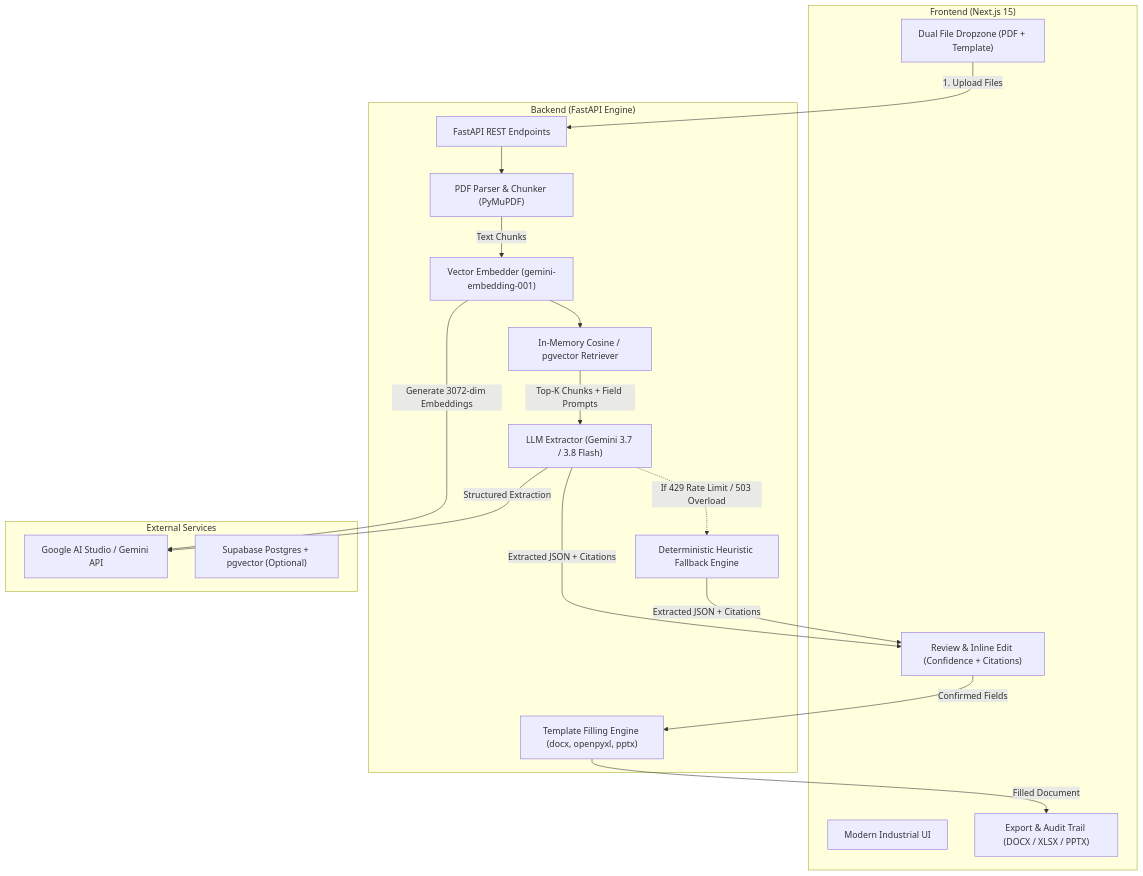
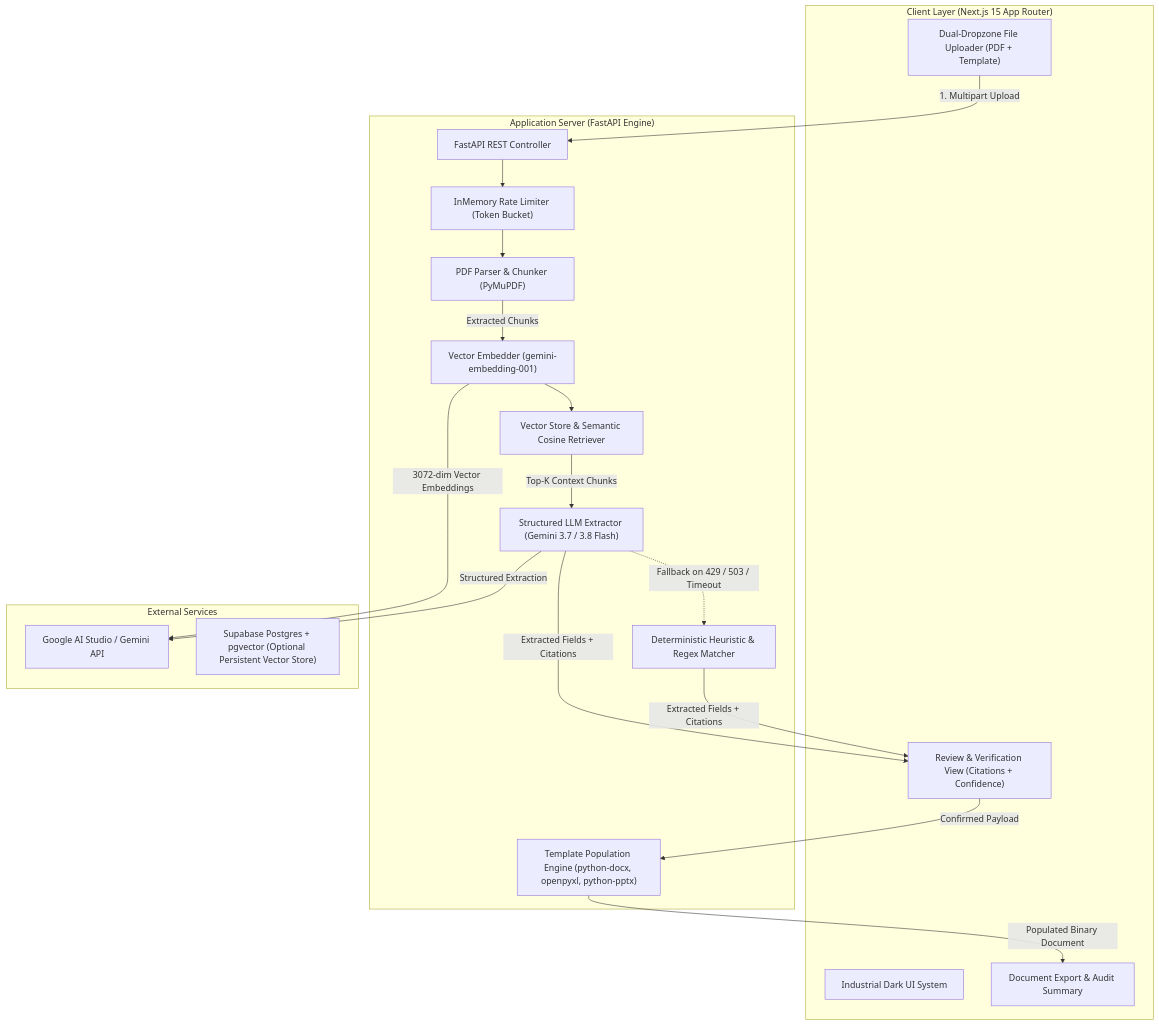
Before and after one commit to HanifIsya/TemplaFill: the diagram in README.md, drawn with Mermaid. The commit also changed other lines of this file, not shown here.

````diff
--- a/README.md
+++ b/README.md
@@ -74,37 +75,39 @@
 ```mermaid
 graph TD
-    subgraph Client ["Frontend (Next.js 15)"]
-        UI["Modern Industrial UI"]
-        Dropzone["Dual File Dropzone (PDF + Template)"]
-        Review["Review & Inline Edit (Confidence + Citations)"]
-        Download["Export & Audit Trail (DOCX / XLSX / PPTX)"]
+    subgraph Client ["Client Layer (Next.js 15 App Router)"]
+        UI["Industrial Dark UI System"]
+        Dropzone["Dual-Dropzone File Uploader (PDF + Template)"]
+        Review["Review & Verification View (Citations + Confidence)"]
+        Download["Document Export & Audit Summary"]
     end
 
-    subgraph Server ["Backend (FastAPI Engine)"]
-        API["FastAPI REST Endpoints"]
+    subgraph Server ["Application Server (FastAPI Engine)"]
+        API["FastAPI REST Controller"]
+        RateLimiter["InMemory Rate Limiter (Token Bucket)"]
         PDFParser["PDF Parser & Chunker (PyMuPDF)"]
         Embedder["Vector Embedder (gemini-embedding-001)"]
-        RAG["In-Memory Cosine / pgvector Retriever"]
-        GeminiExt["LLM Extractor (Gemini 3.7 / 3.8 Flash)"]
-        FallbackExt["Deterministic Heuristic Fallback Engine"]
-        DocEngine["Template Filling Engine (docx, openpyxl, pptx)"]
+        RAG["Vector Store & Semantic Cosine Retriever"]
+        GeminiExt["Structured LLM Extractor (Gemini 3.7 / 3.8 Flash)"]
+        FallbackExt["Deterministic Heuristic & Regex Matcher"]
+        DocEngine["Template Population Engine (python-docx, openpyxl, python-pptx)"]
     end
 
     subgraph External ["External Services"]
         GoogleAI["Google AI Studio / Gemini API"]
-        Supabase["Supabase Postgres + pgvector (Optional)"]
+        Supabase["Supabase Postgres + pgvector (Optional Persistent Vector Store)"]
     end
 
-    Dropzone -->|1. Upload Files| API
-    API --> PDFParser
-    PDFParser -->|Text Chunks| Embedder
-    Embedder -->|Generate 3072-dim Embeddings| GoogleAI
+    Dropzone -->|1. Multipart Upload| API
+    API --> RateLimiter
+    RateLimiter --> PDFParser
+    PDFParser -->|Extracted Chunks| Embedder
+    Embedder -->|3072-dim Vector Embeddings| GoogleAI
     Embedder --> RAG
-    RAG -->|Top-K Chunks + Field Prompts| GeminiExt
+    RAG -->|Top-K Context Chunks| GeminiExt
     GeminiExt -->|Structured Extraction| GoogleAI
-    GeminiExt -.->|If 429 Rate Limit / 503 Overload| FallbackExt
-    GeminiExt -->|Extracted JSON + Citations| Review
-    FallbackExt -->|Extracted JSON + Citations| Review
-    Review -->|Confirmed Fields| DocEngine
-    DocEngine -->|Filled Document| Download
+    GeminiExt -.->|Fallback on 429 / 503 / Timeout| FallbackExt
+    GeminiExt -->|Extracted Fields + Citations| Review
+    FallbackExt -->|Extracted Fields + Citations| Review
+    Review -->|Confirmed Payload| DocEngine
+    DocEngine -->|Populated Binary Document| Download
 ```
````
